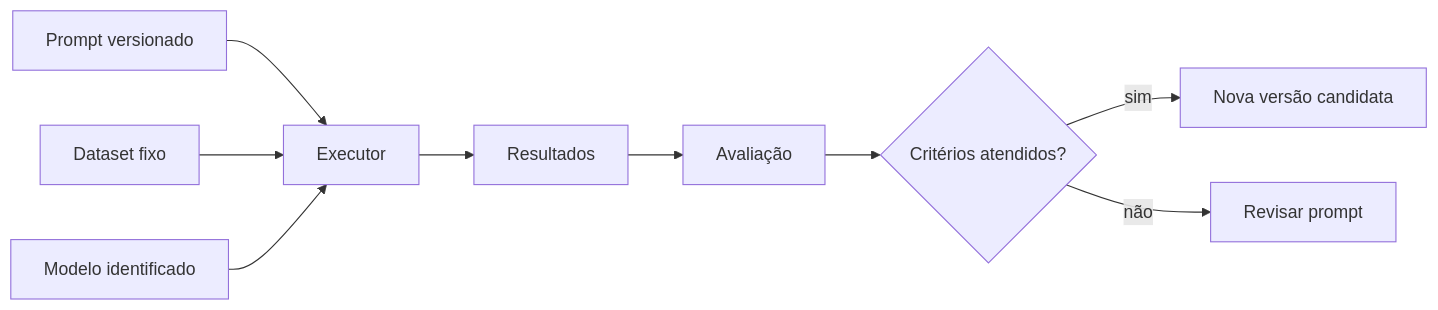
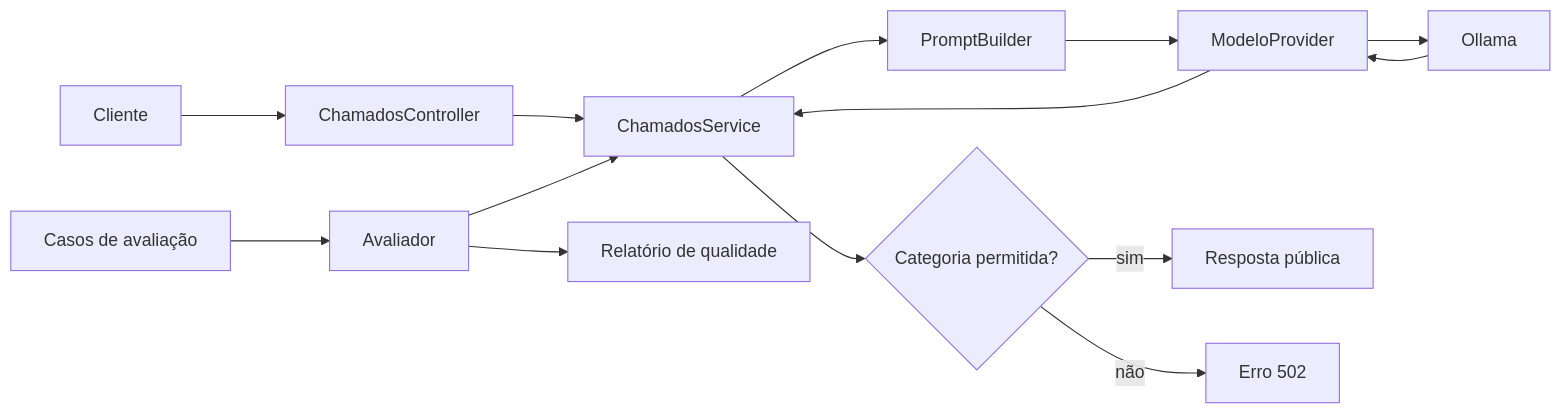
The first of 2 diagrams in docs/encontros/encontro-11.md (luciano-alexandre/topicos-avancados), drawn with Mermaid before and after one commit. The commit also changed other lines of this file and 1 other file, not shown here.

````diff
--- a/docs/encontros/encontro-11.md
+++ b/docs/encontros/encontro-11.md
@@ -35,11 +25,17 @@
 ```mermaid
 flowchart LR
-    P[Prompt versionado] --> E[Executor]
-    D[Dataset fixo] --> E
-    M[Modelo identificado] --> E
-    E --> R[Resultados]
-    R --> A[Avaliação]
-    A --> C{Critérios atendidos?}
-    C -- sim --> N[Nova versão candidata]
-    C -- não --> V[Revisar prompt]
+    C[Cliente] --> CT[ChamadosController]
+    CT --> S[ChamadosService]
+    S --> P[PromptBuilder]
+    P --> M[ModeloProvider]
+    M --> O[Ollama]
+    O --> M
+    M --> S
+    S --> V{Categoria permitida?}
+    V -- sim --> R[Resposta pública]
+    V -- não --> E[Erro 502]
+
+    D[Casos de avaliação] --> A[Avaliador]
+    A --> S
+    A --> Q[Relatório de qualidade]
 ```
````
